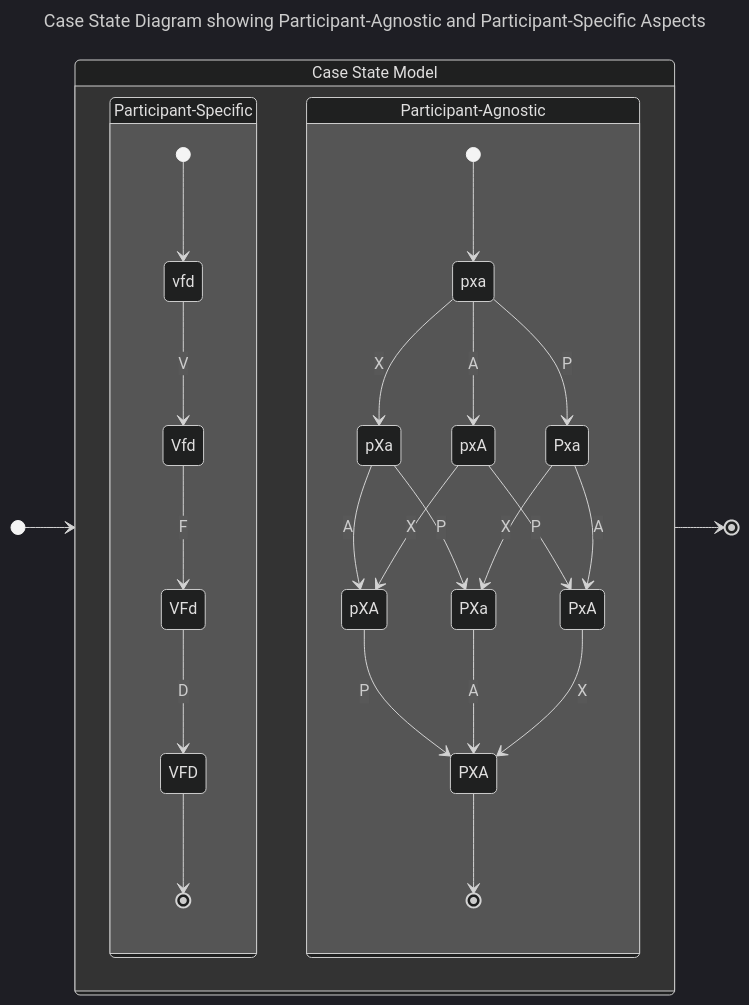
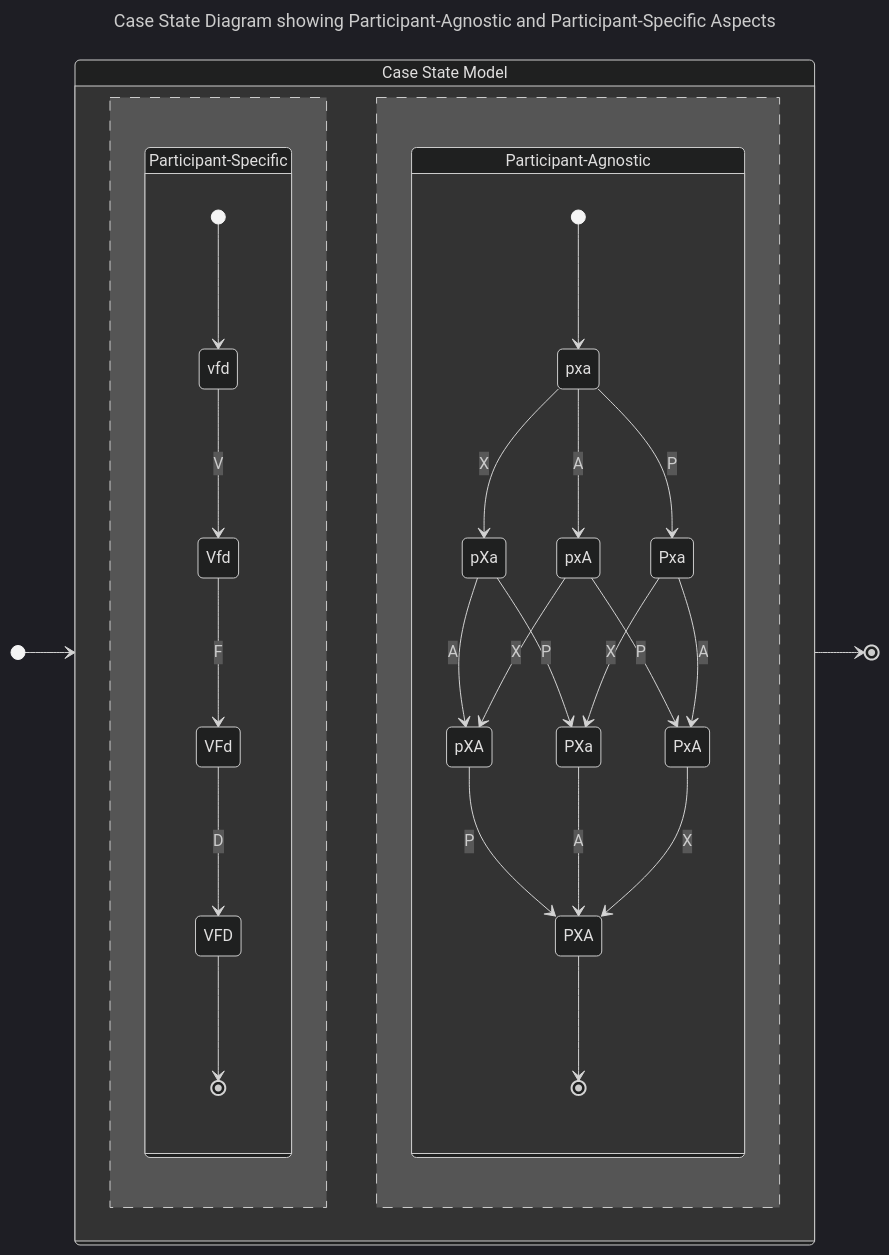
One commit to CERTCC/Vultron changed the diagram in docs/topics/process_models/model_interactions/_cs_global_local.md. Above: the diagram before and after it, drawn with Mermaid (dark theme).

Commit message:
show parallelism

````diff
--- a/docs/topics/process_models/model_interactions/_cs_global_local.md
+++ b/docs/topics/process_models/model_interactions/_cs_global_local.md
@@ -1,42 +1,43 @@
 ```mermaid
 ---
 title: Case State Diagram showing Participant-Agnostic and Participant-Specific Aspects
 ---
 stateDiagram-v2
     direction LR
     CS: Case State Model
     state CS {
         ps: Participant-Specific
         state ps {
             [*] --> vfd
             vfd --> Vfd : V
             Vfd --> VFd : F
             VFd --> VFD : D
             VFD --> [*]
         }
+        --
         g: Participant-Agnostic 
         state g {
             [*] --> pxa
         
             pxa --> Pxa : P
             pxa --> pXa : X
             pxa --> pxA : A
             
             pXa --> PXa : P
             pXa --> pXA : A
             
             pxA --> PxA : P
             pxA --> pXA : X
         
             Pxa --> PxA : A
             Pxa --> PXa : X
             
             pXA --> PXA : P
             PXa --> PXA : A
             PxA --> PXA : X
             PXA --> [*]
         }
     }
     [*] --> CS
     CS --> [*]
 ```
````
